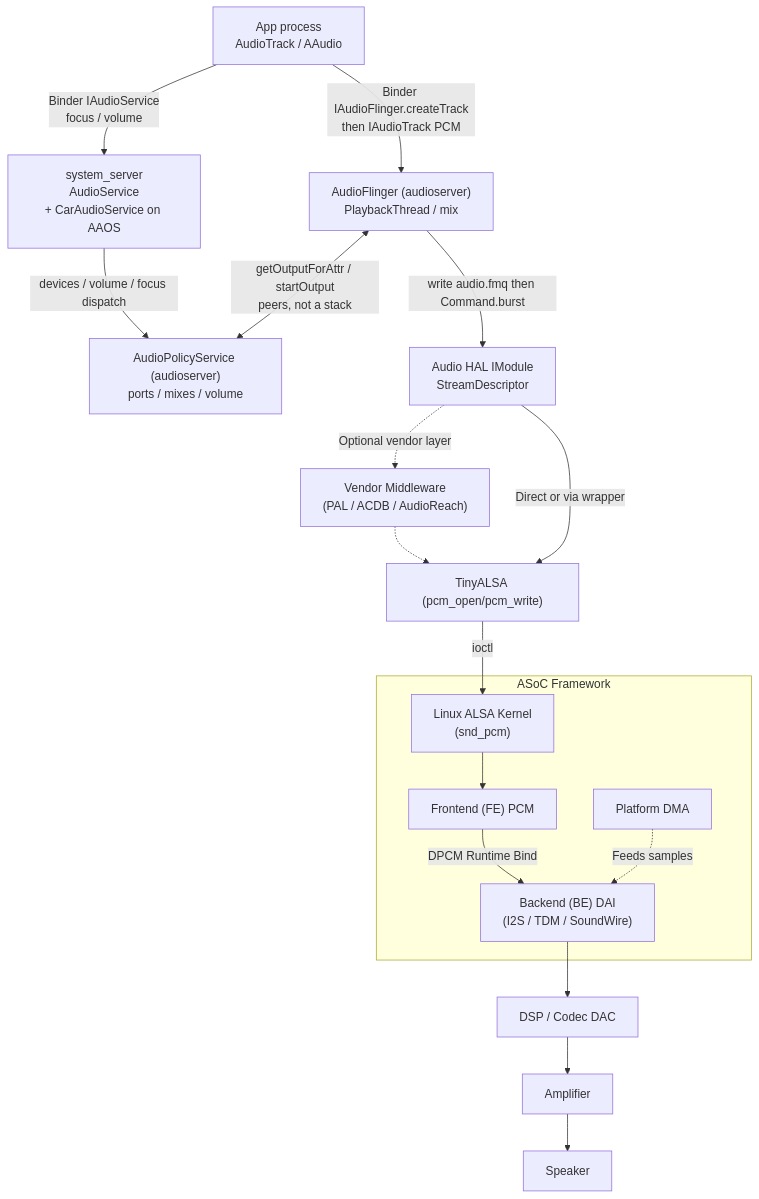
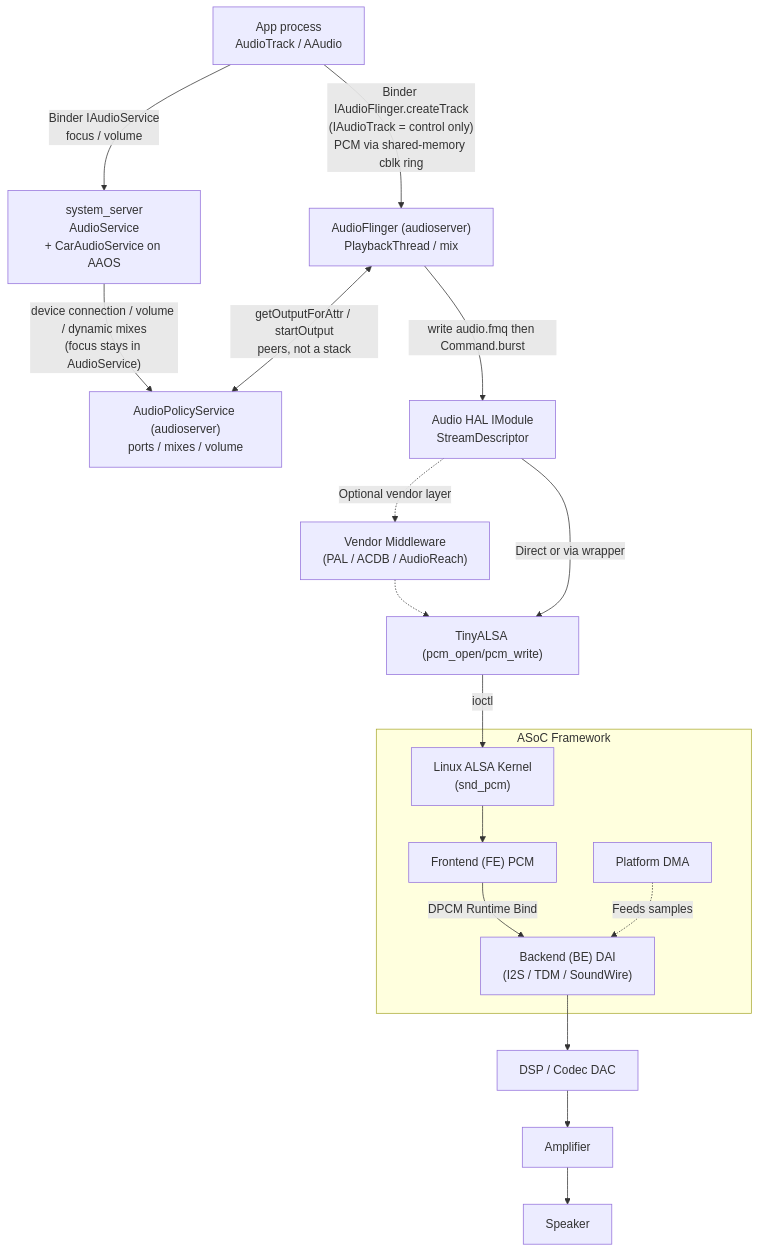
The first of 2 diagrams in portal/public/curriculum/02-end-to-end-android-audio-architecture.md (developer-swetabh/AndroidAudioProf), drawn with Mermaid before and after one commit. The commit also changed other lines of this file and 81 other files, not shown here.

````diff
--- a/portal/public/curriculum/02-end-to-end-android-audio-architecture.md
+++ b/portal/public/curriculum/02-end-to-end-android-audio-architecture.md
@@ -109,21 +109,21 @@
 ```mermaid
 graph TD
     App["App process<br/>AudioTrack / AAudio"]
     App -->|"Binder IAudioService<br/>focus / volume"| SS["system_server<br/>AudioService<br/>+ CarAudioService on AAOS"]
-    App -->|"Binder IAudioFlinger.createTrack<br/>then IAudioTrack PCM"| AF["AudioFlinger (audioserver)<br/>PlaybackThread / mix"]
-    SS -->|"devices / volume / focus dispatch"| APS["AudioPolicyService (audioserver)<br/>ports / mixes / volume"]
+    App -->|"Binder IAudioFlinger.createTrack<br/>(IAudioTrack = control only)<br/>PCM via shared-memory cblk ring"| AF["AudioFlinger (audioserver)<br/>PlaybackThread / mix"]
+    SS -->|"device connection / volume / dynamic mixes<br/>(focus stays in AudioService)"| APS["AudioPolicyService (audioserver)<br/>ports / mixes / volume"]
     AF <-->|"getOutputForAttr / startOutput<br/>peers, not a stack"| APS
     AF -->|"write audio.fmq then Command.burst"| HAL["Audio HAL IModule<br/>StreamDescriptor"]
     HAL -.->|Optional vendor layer| Vendor["Vendor Middleware<br/>(PAL / ACDB / AudioReach)"]
     Vendor -.-> TinyALSA["TinyALSA (pcm_open/pcm_write)"]
     HAL -->|Direct or via wrapper| TinyALSA
     TinyALSA -->|ioctl| ALSA["Linux ALSA Kernel<br/>(snd_pcm)"]
     subgraph ASoC_Core ["ASoC Framework"]
         ALSA --> FE["Frontend (FE) PCM"]
         FE -->|DPCM Runtime Bind| BE["Backend (BE) DAI<br/>(I2S / TDM / SoundWire)"]
         DMA["Platform DMA"] -.->|Feeds samples| BE
     end
     BE --> DSP["DSP / Codec DAC"]
     DSP --> Amp["Amplifier"]
     Amp --> Speaker["Speaker"]
 ```
````
